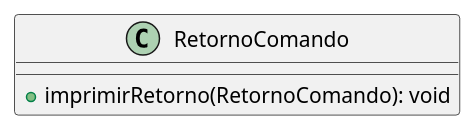
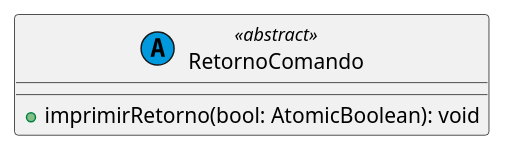
One commit to angelofelipe/library-system-OOP changed the diagram in diagrama de classes/src puml/src/comando/retorno/RetornoComando.puml. Above: the diagram before and after it, drawn with PlantUML. The commit also changed 51 other files, not shown here.

```diff
--- a/diagrama de classes/src puml/src/comando/retorno/RetornoComando.puml
+++ b/diagrama de classes/src puml/src/comando/retorno/RetornoComando.puml
@@ -1,8 +1,8 @@
 @startuml
 
-class RetornoComando  {
+class RetornoComando <<(A,#0099dd) abstract>> {
 
-    + imprimirRetorno(RetornoComando): void
+    + imprimirRetorno(bool: AtomicBoolean): void
 }
 
 @enduml
```
